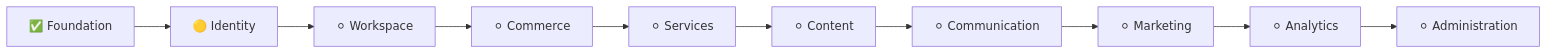
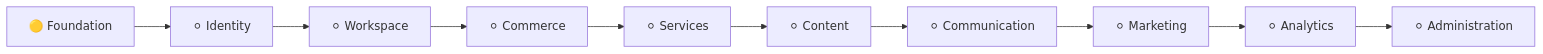
The third of 3 diagrams in README.md (omaymaonline/omaymaonline), drawn with Mermaid before and after one commit.

````diff
--- a/README.md
+++ b/README.md
@@ -116,14 +116,14 @@
 ```mermaid
 flowchart LR
 
-F[✅ Foundation]
---> I[🟡 Identity]
+F[🟡 Foundation]
+--> I[⚪ Identity]
 --> W[⚪ Workspace]
 --> C[⚪ Commerce]
 --> S[⚪ Services]
 --> CT[⚪ Content]
 --> CM[⚪ Communication]
 --> M[⚪ Marketing]
 --> A[⚪ Analytics]
 --> AD[⚪ Administration]
 ```
````
